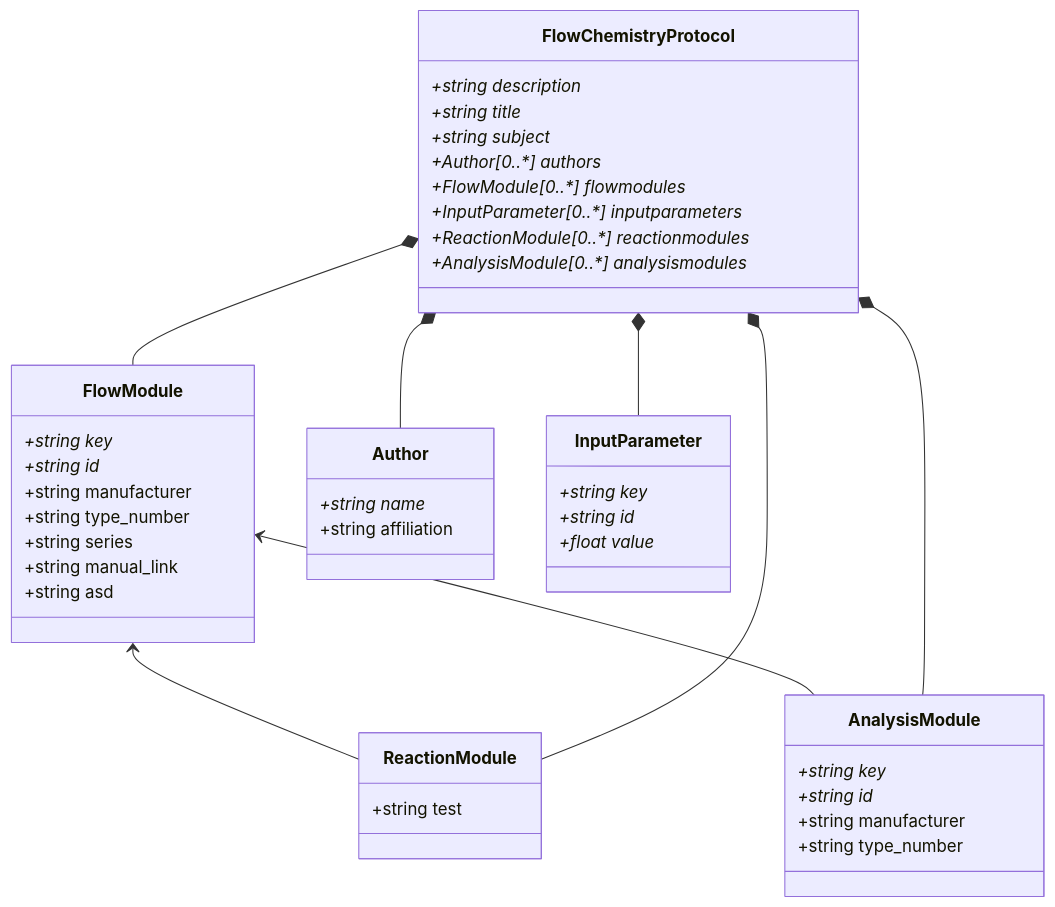
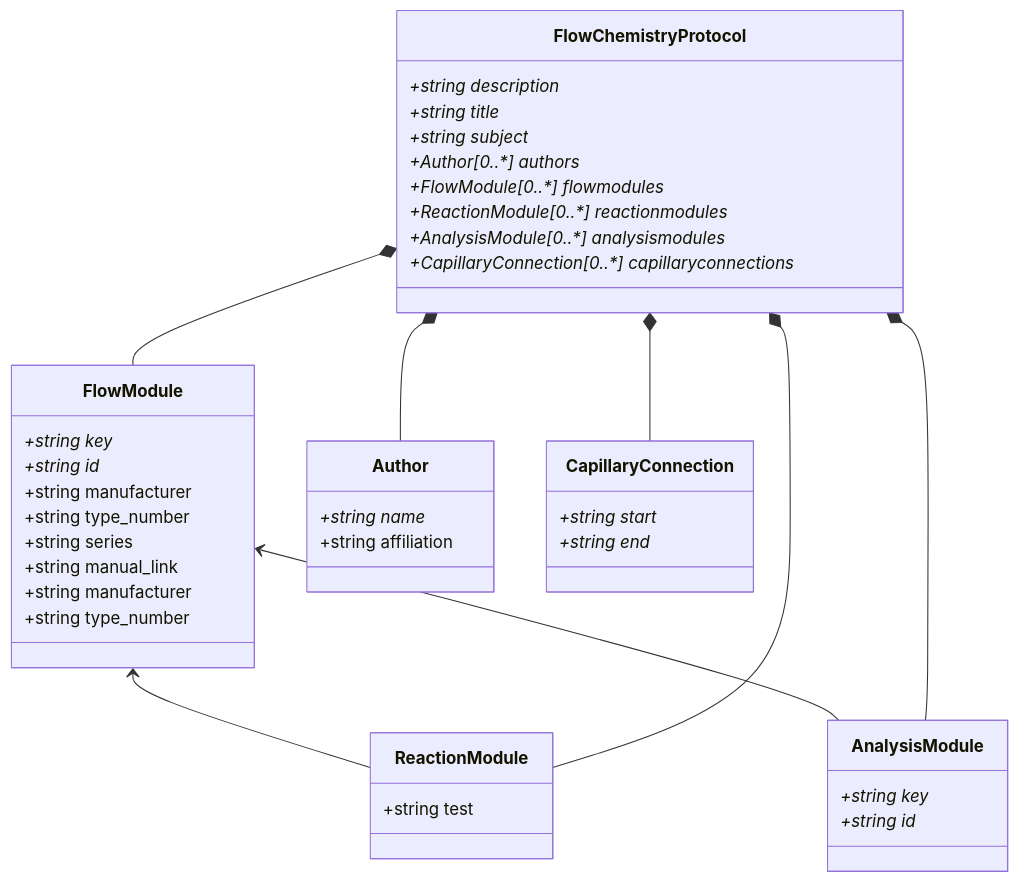
One commit to C-Kessler/sdrdm-flowchem-B2 changed the diagram in pyDataset/schemes/Dataset.md. Above: the diagram before and after it, drawn with Mermaid. The commit also changed 3 other files, not shown here.

````diff
--- a/pyDataset/schemes/Dataset.md
+++ b/pyDataset/schemes/Dataset.md
@@ -1,54 +1,52 @@
 ```mermaid
 classDiagram
     FlowModule <-- ReactionModule
     FlowModule <-- AnalysisModule
     FlowChemistryProtocol *-- Author
     FlowChemistryProtocol *-- FlowModule
-    FlowChemistryProtocol *-- InputParameter
     FlowChemistryProtocol *-- ReactionModule
     FlowChemistryProtocol *-- AnalysisModule
+    FlowChemistryProtocol *-- CapillaryConnection
     
     class FlowChemistryProtocol {
         +string description*
         +string title*
         +string subject*
         +Author[0..*] authors*
         +FlowModule[0..*] flowmodules*
-        +InputParameter[0..*] inputparameters*
         +ReactionModule[0..*] reactionmodules*
         +AnalysisModule[0..*] analysismodules*
+        +CapillaryConnection[0..*] capillaryconnections*
     }
     
     class Author {
         +string name*
         +string affiliation
     }
     
     class FlowModule {
         +string key*
         +string id*
         +string manufacturer
         +string type_number
         +string series
         +string manual_link
-        +string asd
+        +string manufacturer
+        +string type_number
     }
     
     class ReactionModule {
         +string test
     }
     
     class AnalysisModule {
         +string key*
         +string id*
-        +string manufacturer
-        +string type_number
     }
     
-    class InputParameter {
-        +string key*
-        +string id*
-        +float value*
+    class CapillaryConnection {
+        +string start*
+        +string end*
     }
     
 ```
````
